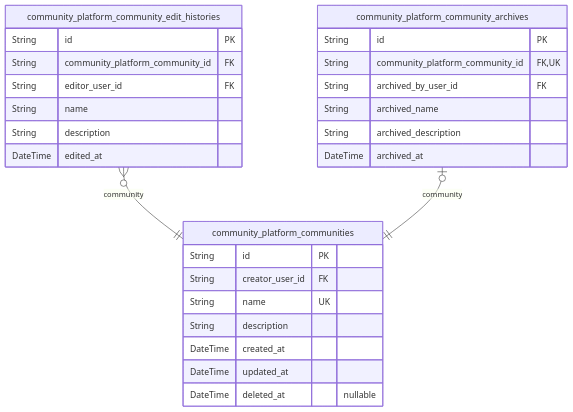
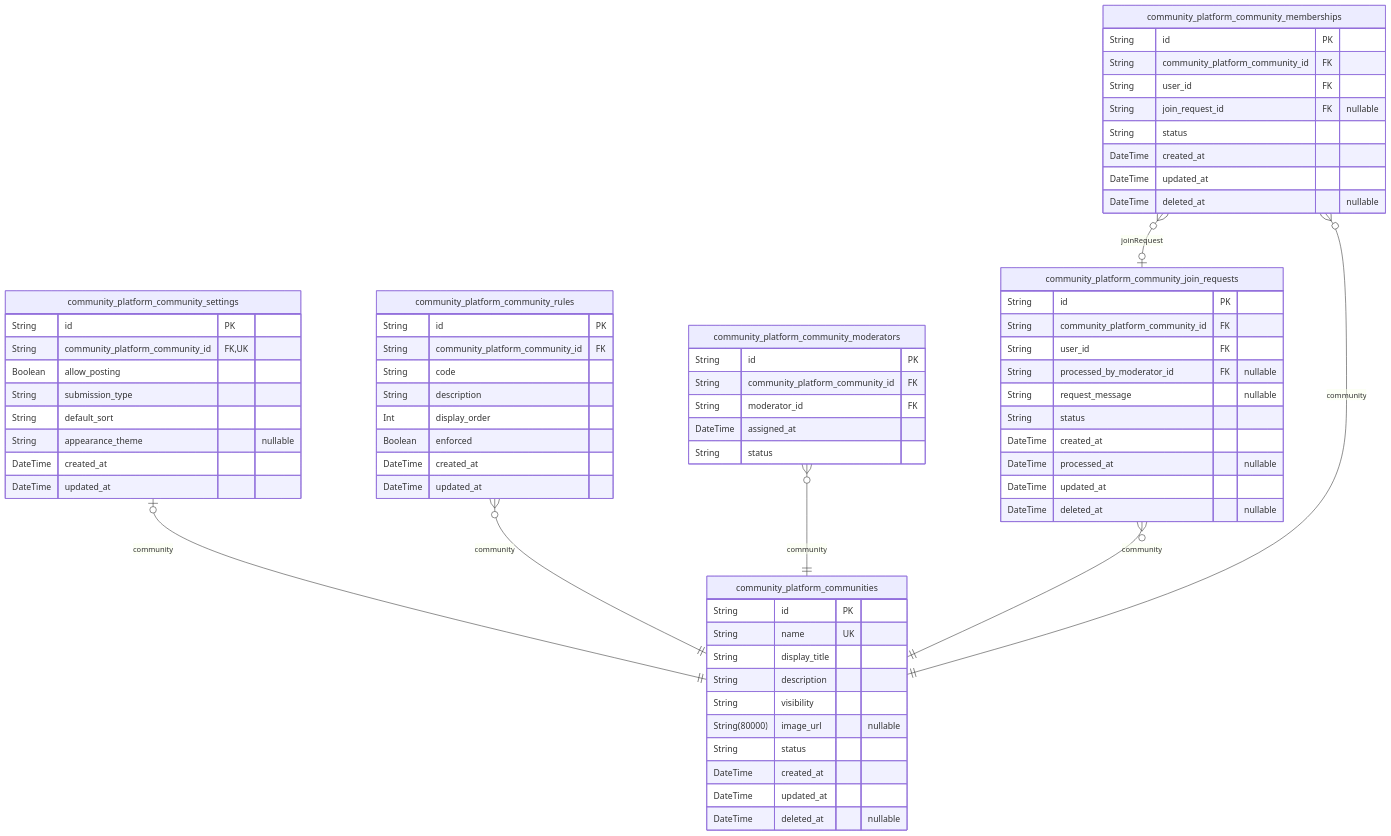
One commit to wrtnlabs/autobe-examples changed the third of 11 diagrams in openai/gpt-4.1/reddit/docs/ERD.md. Above: the diagram before and after it, drawn with Mermaid. The commit also changed other lines of this file and 22498 other files, not shown here.

````diff
--- a/openai/gpt-4.1/reddit/docs/ERD.md
+++ b/openai/gpt-4.1/reddit/docs/ERD.md
@@ -365,30 +526,70 @@
 ```mermaid
 erDiagram
 "community_platform_communities" {
   String id PK
-  String creator_user_id FK
   String name UK
+  String display_title
   String description
+  String visibility
+  String(80000) image_url "nullable"
+  String status
   DateTime created_at
   DateTime updated_at
   DateTime deleted_at "nullable"
 }
-"community_platform_community_edit_histories" {
+"community_platform_community_settings" {
+  String id PK
+  String community_platform_community_id FK,UK
+  Boolean allow_posting
+  String submission_type
+  String default_sort
+  String appearance_theme "nullable"
+  DateTime created_at
+  DateTime updated_at
+}
+"community_platform_community_rules" {
   String id PK
   String community_platform_community_id FK
-  String editor_user_id FK
-  String name
+  String code
   String description
-  DateTime edited_at
+  Int display_order
+  Boolean enforced
+  DateTime created_at
+  DateTime updated_at
 }
-"community_platform_community_archives" {
+"community_platform_community_moderators" {
   String id PK
-  String community_platform_community_id FK,UK
-  String archived_by_user_id FK
-  String archived_name
-  String archived_description
-  DateTime archived_at
+  String community_platform_community_id FK
+  String moderator_id FK
+  DateTime assigned_at
+  String status
 }
-"community_platform_community_edit_histories" }o--|| "community_platform_communities" : community
-"community_platform_community_archives" |o--|| "community_platform_communities" : community
+"community_platform_community_join_requests" {
+  String id PK
+  String community_platform_community_id FK
+  String user_id FK
+  String processed_by_moderator_id FK "nullable"
+  String request_message "nullable"
+  String status
+  DateTime created_at
+  DateTime processed_at "nullable"
+  DateTime updated_at
+  DateTime deleted_at "nullable"
+}
+"community_platform_community_memberships" {
+  String id PK
+  String community_platform_community_id FK
+  String user_id FK
+  String join_request_id FK "nullable"
+  String status
+  DateTime created_at
+  DateTime updated_at
+  DateTime deleted_at "nullable"
+}
+"community_platform_community_settings" |o--|| "community_platform_communities" : community
+"community_platform_community_rules" }o--|| "community_platform_communities" : community
+"community_platform_community_moderators" }o--|| "community_platform_communities" : community
+"community_platform_community_join_requests" }o--|| "community_platform_communities" : community
+"community_platform_community_memberships" }o--|| "community_platform_communities" : community
+"community_platform_community_memberships" }o--o| "community_platform_community_join_requests" : joinRequest
 ```
````
